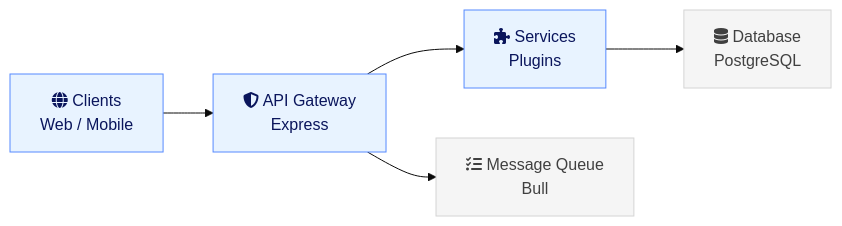
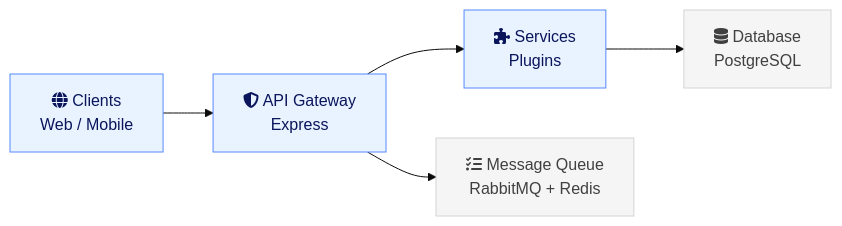
Before and after one commit to hay-chat/hay-docs: the first of 2 diagrams in technical/architecture.md, drawn with Mermaid (base theme). The commit also changed other lines of this file and 6 other files, not shown here.

Commit message:
docs: audit fixes for technical docs (architecture, context-api, pagination, testing, vector-store, guardrails, philosophy)

````diff
--- a/technical/architecture.md
+++ b/technical/architecture.md
@@ -16,18 +16,18 @@
 ```mermaid
 graph LR
   Clients["fa:fa-globe Clients<br/>Web / Mobile"]
   Gateway["fa:fa-shield-halved API Gateway<br/>Express"]
   Services["fa:fa-puzzle-piece Services<br/>Plugins"]
-  Queue["fa:fa-list-check Message Queue<br/>Bull"]
+  Queue["fa:fa-list-check Message Queue<br/>RabbitMQ + Redis"]
   DB["fa:fa-database Database<br/>PostgreSQL"]
 
   Clients --> Gateway --> Services
   Gateway --> Queue
   Services --> DB
 
   style Clients fill:#e8f3ff,stroke:#568aff,color:#0a155c
   style Gateway fill:#e8f3ff,stroke:#568aff,color:#0a155c
   style Services fill:#e8f3ff,stroke:#568aff,color:#0a155c
   style Queue fill:#f5f5f5,stroke:#d4d4d4,color:#404040
   style DB fill:#f5f5f5,stroke:#d4d4d4,color:#404040
 ```
````
